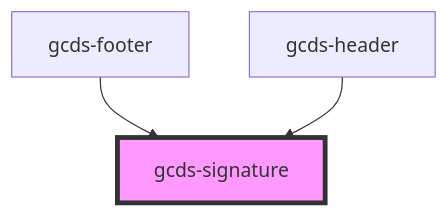
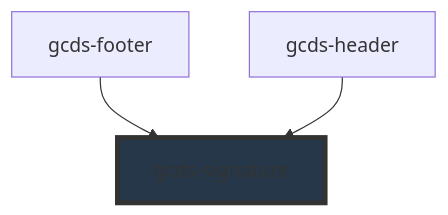
The diagram in packages/web/src/components/gcds-signature/readme.md (cds-snc/gcds-components), drawn with Mermaid before and after one commit. The commit also changed 44 other files, not shown here.

````diff
--- a/packages/web/src/components/gcds-signature/readme.md
+++ b/packages/web/src/components/gcds-signature/readme.md
@@ -25,6 +25,6 @@
 ```mermaid
 graph TD;
   gcds-footer --> gcds-signature
   gcds-header --> gcds-signature
-  style gcds-signature fill:#f9f,stroke:#333,stroke-width:4px
+  style gcds-signature fill:#26374a,stroke:#333,stroke-width:4px
 ```
````
